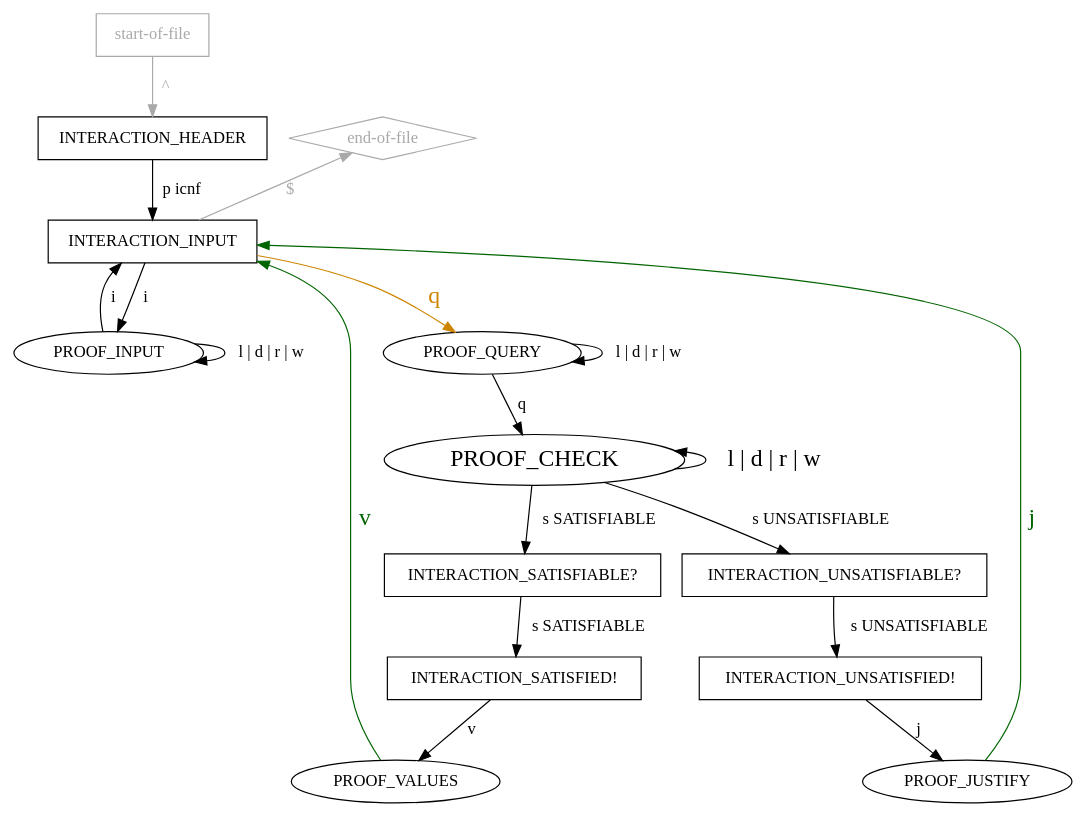
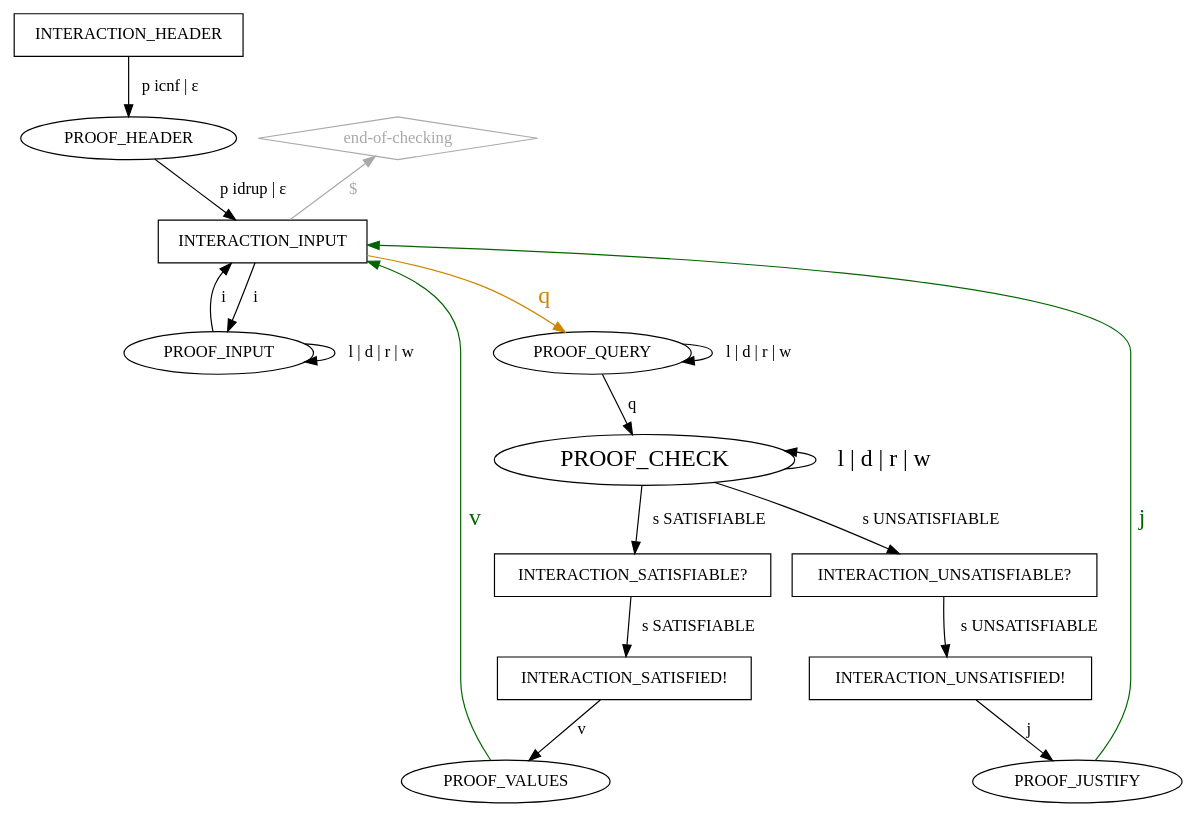
The diagram in idrup-check-pedantic-clear.dot (arminbiere/lidrup-check), drawn with Graphviz before and after one commit. The commit also changed 3 other files, not shown here.

```diff
--- a/idrup-check-pedantic-clear.dot
+++ b/idrup-check-pedantic-clear.dot
@@ -1,44 +1,40 @@
 digraph "idrup-check" {
 
-  "start-of-file" [shape=box,color=darkgray,fontcolor=darkgray];
-  "start-of-file" -> INTERACTION_HEADER [label=" ^ ",weight=2,color=darkgray,fontcolor=darkgray];
+  INTERACTION_HEADER [shape=box];
+  INTERACTION_HEADER -> PROOF_HEADER [label=" p icnf | ε ",weight=2];
 
-  "end-of-file" [shape=diamond,color=darkgray,fontcolor=darkgray];
+  "end-of-checking" [shape=diamond,color=darkgray,fontcolor=darkgray];
+   "end-of-checking" -> INTERACTION_INPUT [label="  $    ",dir=back,fontcolor=darkgray,color=darkgray];
 
-  // INTERACTION_HEADER -> "end-of-file";
-  // INTERACTION_INPUT -> "end-of-file";
-   "end-of-file" -> INTERACTION_INPUT [label="$    ",dir=back,fontcolor=darkgray,color=darkgray];
-
-  INTERACTION_HEADER [shape=box];
-  INTERACTION_HEADER -> INTERACTION_INPUT [label=" p icnf ",weight=2];
+  PROOF_HEADER -> INTERACTION_INPUT [label=" p idrup | ε "]
 
   INTERACTION_INPUT [shape=box];
   INTERACTION_INPUT -> PROOF_INPUT [label=" i ",weight=2];
   INTERACTION_INPUT -> PROOF_QUERY [label=" q ",weight=2,color=orange3,fontsize=20,fontcolor=orange3];
 
   PROOF_INPUT -> INTERACTION_INPUT [label=" i ",weight=3];
   PROOF_INPUT -> PROOF_INPUT [label=" l | d | r | w"];
 
   PROOF_QUERY -> PROOF_CHECK [label=" q "];
   PROOF_QUERY -> PROOF_QUERY [label=" l | d | r | w"];
 
   PROOF_CHECK [fontsize=20];
   PROOF_CHECK -> PROOF_CHECK [label=" l | d | r | w ",dir=back,fontsize=20];
   PROOF_CHECK -> INTERACTION_SATISFIABLE [label=" s SATISFIABLE "];
   PROOF_CHECK -> INTERACTION_UNSATISFIABLE [label=" s UNSATISFIABLE "];
 
   INTERACTION_UNSATISFIABLE [shape="box",label="INTERACTION_UNSATISFIABLE?"];
   INTERACTION_UNSATISFIABLE -> INTERACTION_UNSATISFIED [label=" s UNSATISFIABLE "];
 
   INTERACTION_SATISFIABLE [shape="box",label="INTERACTION_SATISFIABLE?"];
   INTERACTION_SATISFIABLE -> INTERACTION_SATISFIED [label=" s SATISFIABLE "];
 
   INTERACTION_SATISFIED [shape=box,label="INTERACTION_SATISFIED!"];
   INTERACTION_SATISFIED -> PROOF_VALUES [label=" v "];
 
   INTERACTION_UNSATISFIED [shape=box,label="INTERACTION_UNSATISFIED!"];
   INTERACTION_UNSATISFIED -> PROOF_JUSTIFY [label=" j "];
 
   PROOF_VALUES -> INTERACTION_INPUT [label=" v ",color=darkgreen,fontsize=20,fontcolor=darkgreen];
   PROOF_JUSTIFY -> INTERACTION_INPUT [label=" j ",color=darkgreen,fontsize=20,fontcolor=darkgreen];
 }
```
